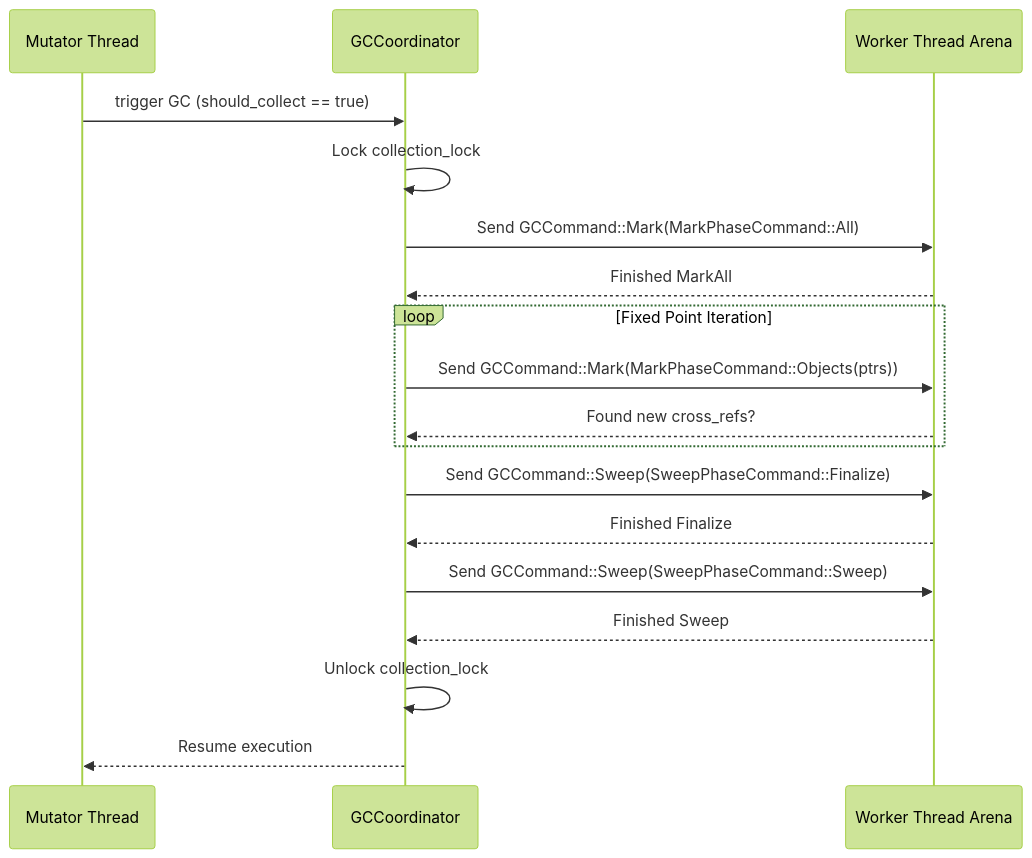
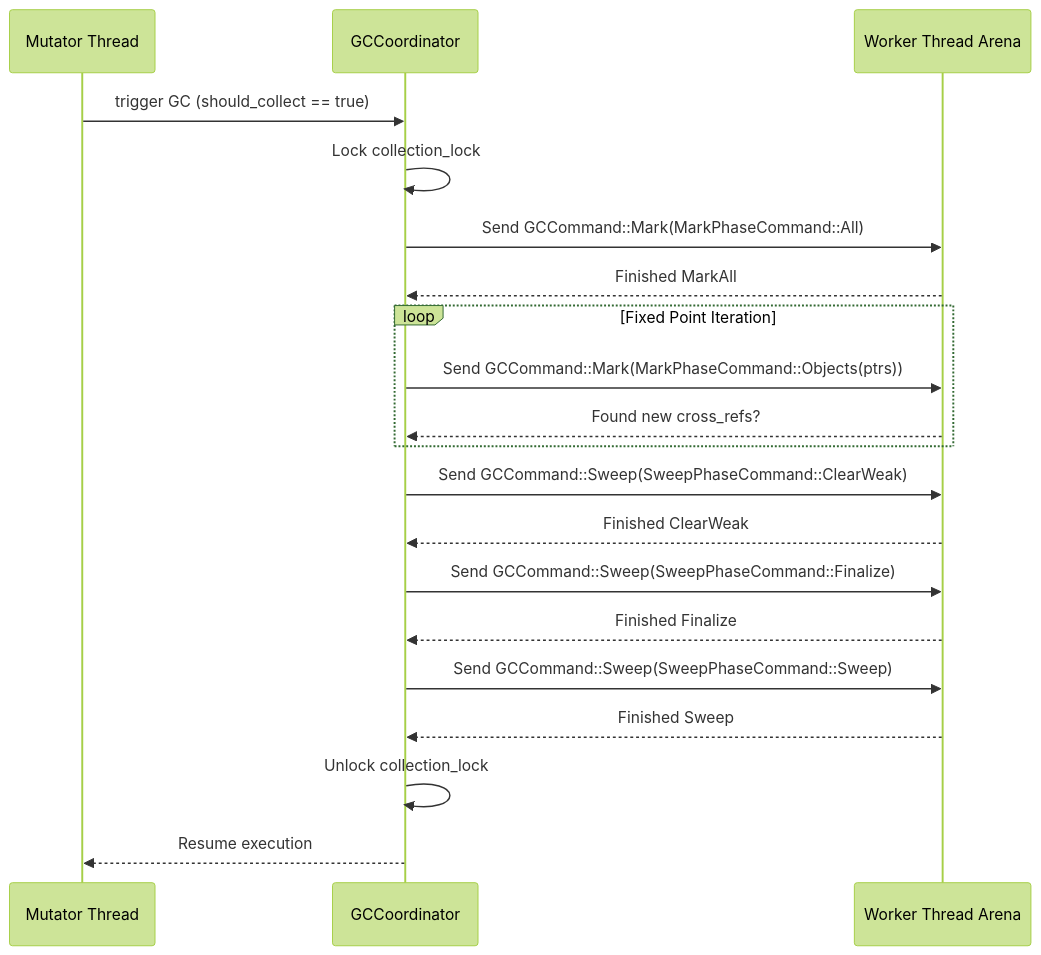
The second of 2 diagrams in docs/GC_AND_MEMORY_SAFETY.md (nickbclifford/dotnet-rs), drawn with Mermaid (forest theme) before and after one commit. The commit also changed other lines of this file and 7 other files, not shown here.

First line of the commit message:
fix(gc): clear short weak handles before any arena finalizes

````diff
--- a/docs/GC_AND_MEMORY_SAFETY.md
+++ b/docs/GC_AND_MEMORY_SAFETY.md
@@ -309,25 +311,28 @@
 ```mermaid
 sequenceDiagram
     participant T as Mutator Thread
     participant C as GCCoordinator
     participant W as Worker Thread Arena
 
     T->>C: trigger GC (should_collect == true)
     C->>C: Lock collection_lock
     C->>W: Send GCCommand::Mark(MarkPhaseCommand::All)
     W-->>C: Finished MarkAll
     
     loop Fixed Point Iteration
         C->>W: Send GCCommand::Mark(MarkPhaseCommand::Objects(ptrs))
         W-->>C: Found new cross_refs?
     end
     
+    C->>W: Send GCCommand::Sweep(SweepPhaseCommand::ClearWeak)
+    W-->>C: Finished ClearWeak
+
     C->>W: Send GCCommand::Sweep(SweepPhaseCommand::Finalize)
     W-->>C: Finished Finalize
     
     C->>W: Send GCCommand::Sweep(SweepPhaseCommand::Sweep)
     W-->>C: Finished Sweep
     
     C->>C: Unlock collection_lock
     C-->>T: Resume execution
 ```
````
